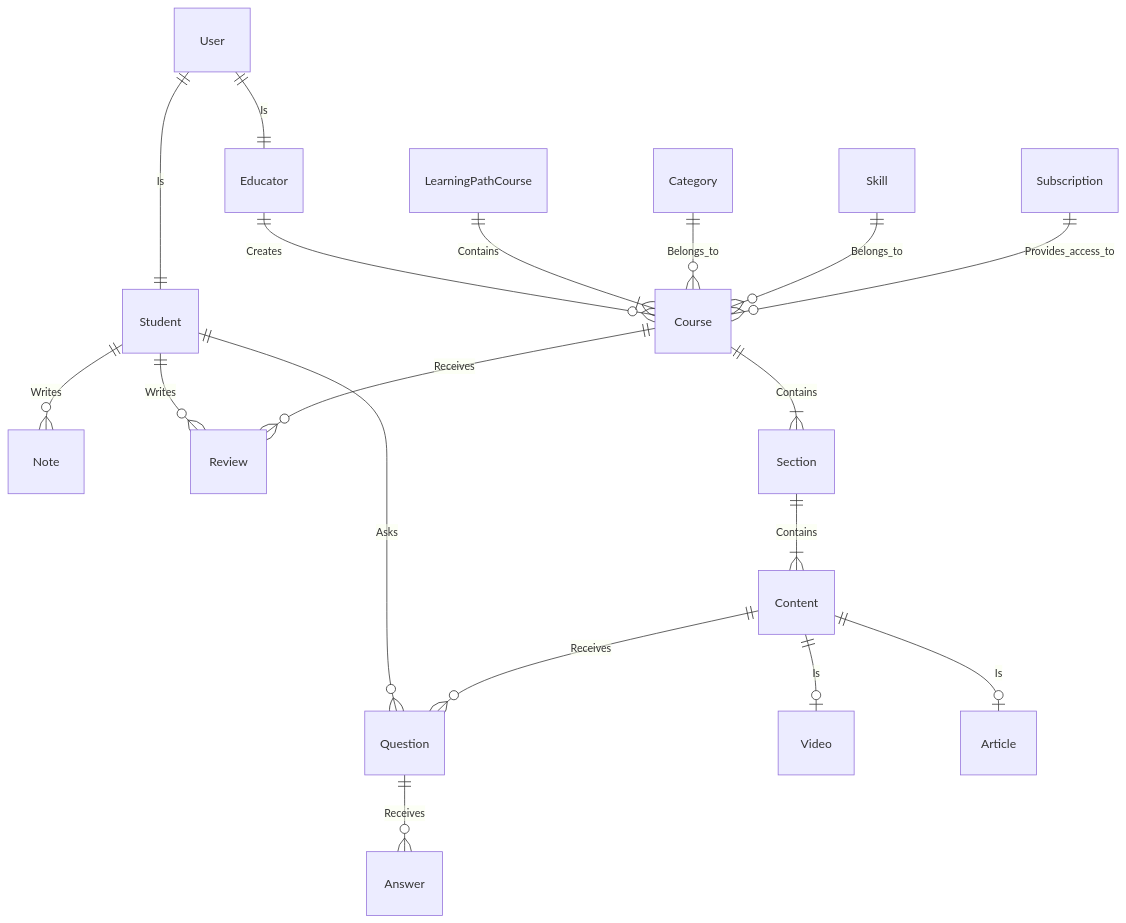
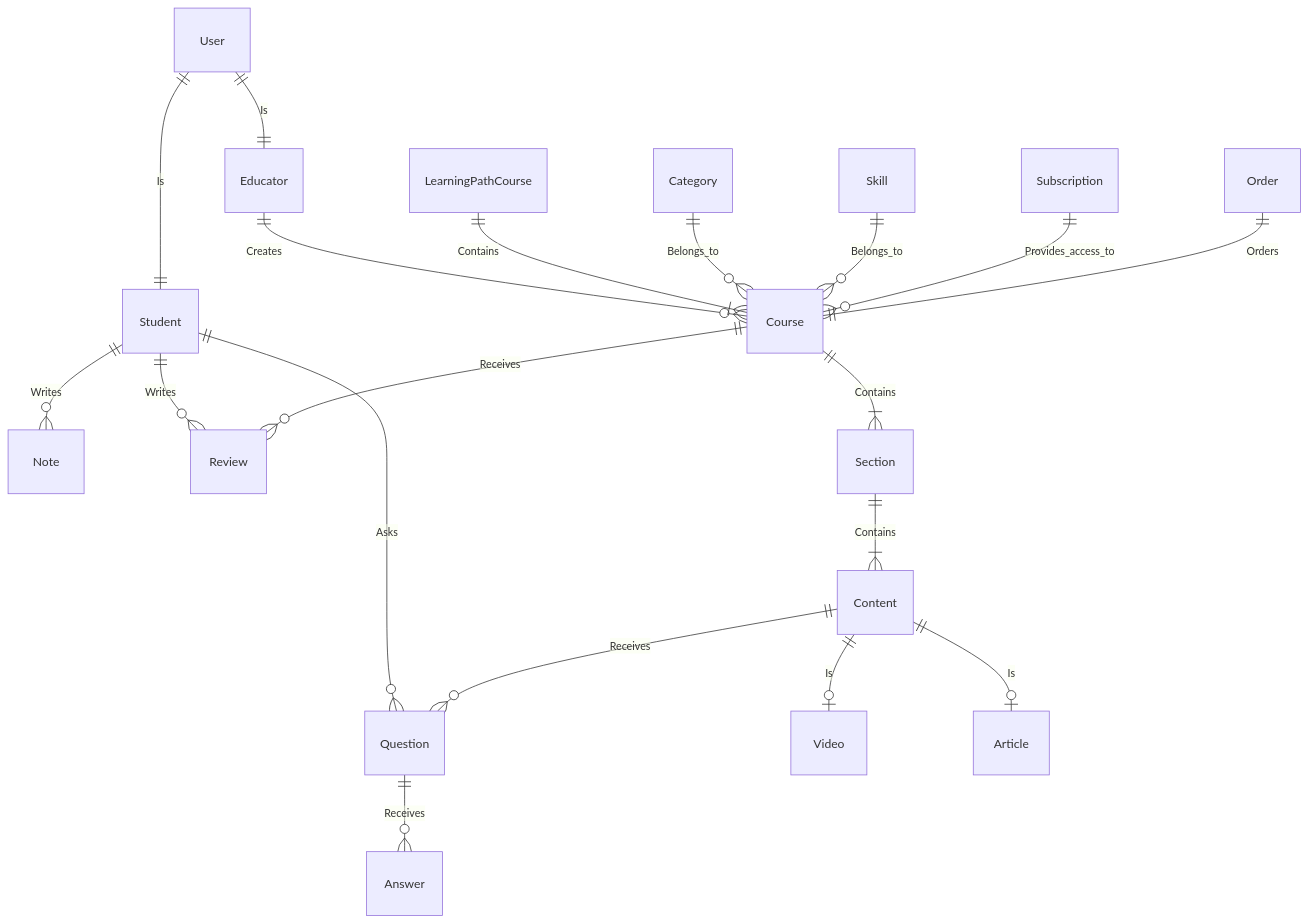
The diagram in Documents/ER Diagram.md (aslamcodes/Capstone), drawn with Mermaid before and after one commit. The commit also changed 17 other files, not shown here.

````diff
--- a/Documents/ER Diagram.md
+++ b/Documents/ER Diagram.md
@@ -1,26 +1,28 @@
 ```mermaid
 erDiagram
 	Educator ||--o{ Course : Creates
 	User ||--|| Student : Is
 	User ||--|| Educator : Is
     Student ||--o{ Note : Writes
     Student ||--o{ Review : Writes
     Student ||--o{ Question : Asks
     
 	Content ||--o| Video : Is
 	Content ||--o| Article : Is
 	
 	Content ||--o{ Question : Receives
 	Question ||--o{ Answer : Receives
 	
 	Course ||--|{ Section : Contains
 	Course ||--o{ Review: Receives
 	Section ||--|{ Content: Contains
 	
 	LearningPathCourse ||--|{ Course : Contains
 	
 	Category ||--o{ Course : Belongs_to
 	Skill ||--o{ Course : Belongs_to
 
 	Subscription ||--o{ Course : Provides_access_to	
+
+	Order ||--|| Course : Orders
 ```
````
